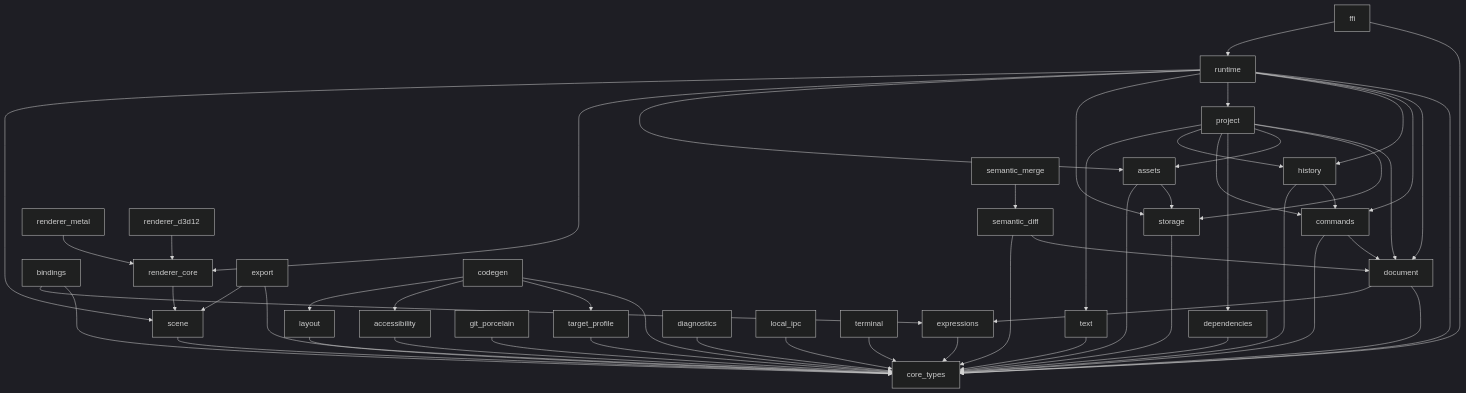
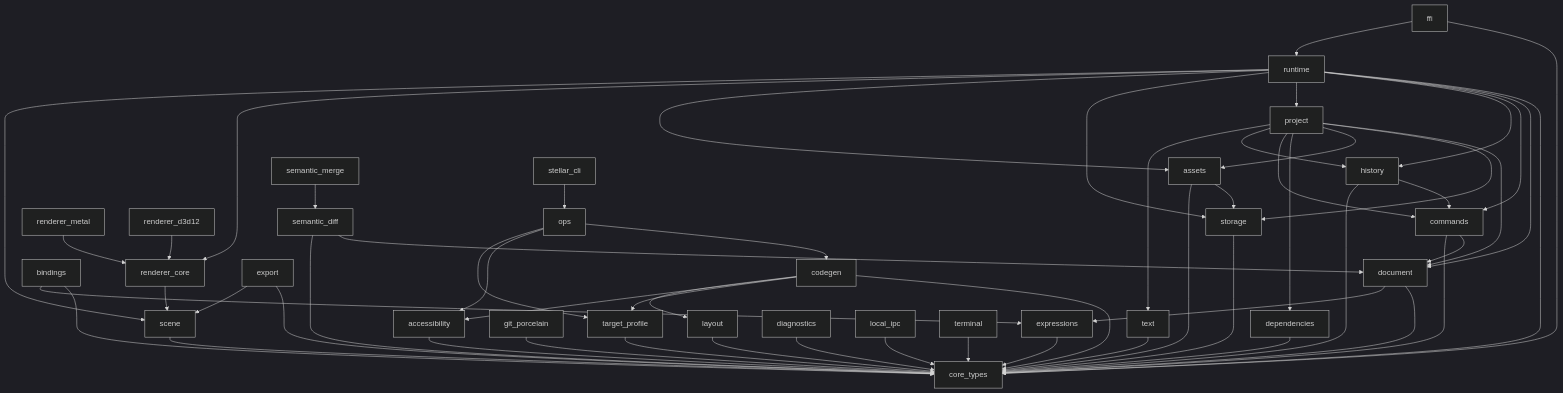
One commit to taeyoon0137/project-stellar changed the diagram in docs/architecture/crate-dependency-graph.md. Above: the diagram before and after it, drawn with Mermaid (dark theme). The commit also changed other lines of this file and 23 other files, not shown here.

````diff
--- a/docs/architecture/crate-dependency-graph.md
+++ b/docs/architecture/crate-dependency-graph.md
@@ -42,55 +44,59 @@
 ```mermaid
 graph TD
   document --> core_types
   document --> expressions
   commands --> document
   commands --> core_types
   history --> commands
   history --> core_types
   expressions --> core_types
   bindings --> core_types
   bindings --> expressions
   layout --> core_types
   text --> core_types
   scene --> core_types
   renderer_core --> scene
   renderer_metal --> renderer_core
   renderer_d3d12 --> renderer_core
   storage --> core_types
   assets --> storage
   assets --> core_types
   dependencies --> core_types
   project --> document
   project --> storage
   project --> assets
   project --> dependencies
   project --> commands
   project --> history
   project --> text
   semantic_diff --> document
   semantic_diff --> core_types
   semantic_merge --> semantic_diff
   git_porcelain --> core_types
   target_profile --> core_types
   accessibility --> core_types
   diagnostics --> core_types
   export --> core_types
   local_ipc --> core_types
   export --> scene
   terminal --> core_types
   codegen --> core_types
   codegen --> target_profile
   codegen --> accessibility
   codegen --> layout
+  ops --> codegen
+  ops --> accessibility
+  ops --> target_profile
+  stellar_cli --> ops
   runtime --> core_types
   runtime --> document
   runtime --> commands
   runtime --> history
   runtime --> project
   runtime --> storage
   runtime --> assets
   runtime --> renderer_core
   runtime --> scene
   ffi --> core_types
   ffi --> runtime
 ```
````
